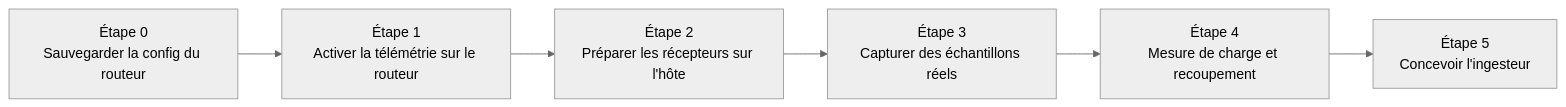
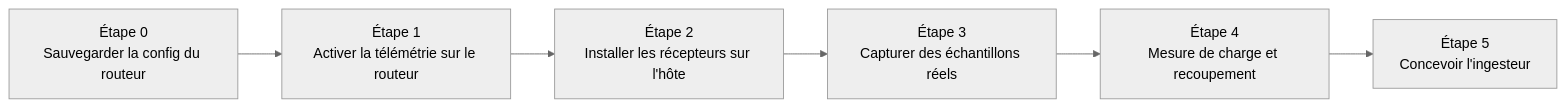
The second of 2 diagrams in docs/guides/01-telemetry-and-ingestion.fr.md (RStephanH/NAD), drawn with Mermaid (neutral theme) before and after one commit. The commit also changed other lines of this file and 10 other files, not shown here.

First line of the commit message:
docs: document VPS-hosted NAD architecture over WireGuard

````diff
--- a/docs/guides/01-telemetry-and-ingestion.fr.md
+++ b/docs/guides/01-telemetry-and-ingestion.fr.md
@@ -74,8 +103,8 @@
 ```mermaid
 flowchart LR
   S0["Étape 0<br/>Sauvegarder la config du routeur"] --> S1["Étape 1<br/>Activer la télémétrie sur le routeur"]
-  S1 --> S2["Étape 2<br/>Préparer les récepteurs sur l'hôte"]
+  S1 --> S2["Étape 2<br/>Installer les récepteurs sur l'hôte"]
   S2 --> S3["Étape 3<br/>Capturer des échantillons réels"]
   S3 --> S4["Étape 4<br/>Mesure de charge et recoupement"]
   S4 --> S5["Étape 5<br/>Concevoir l'ingesteur"]
 ```
````
